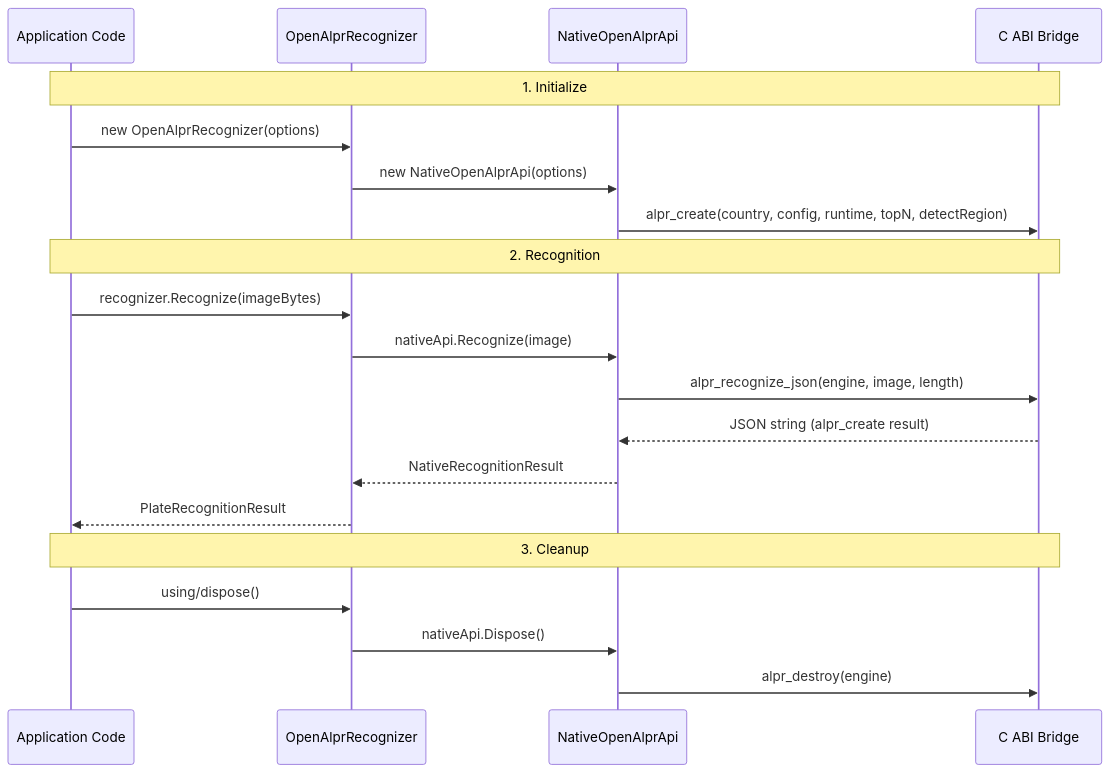
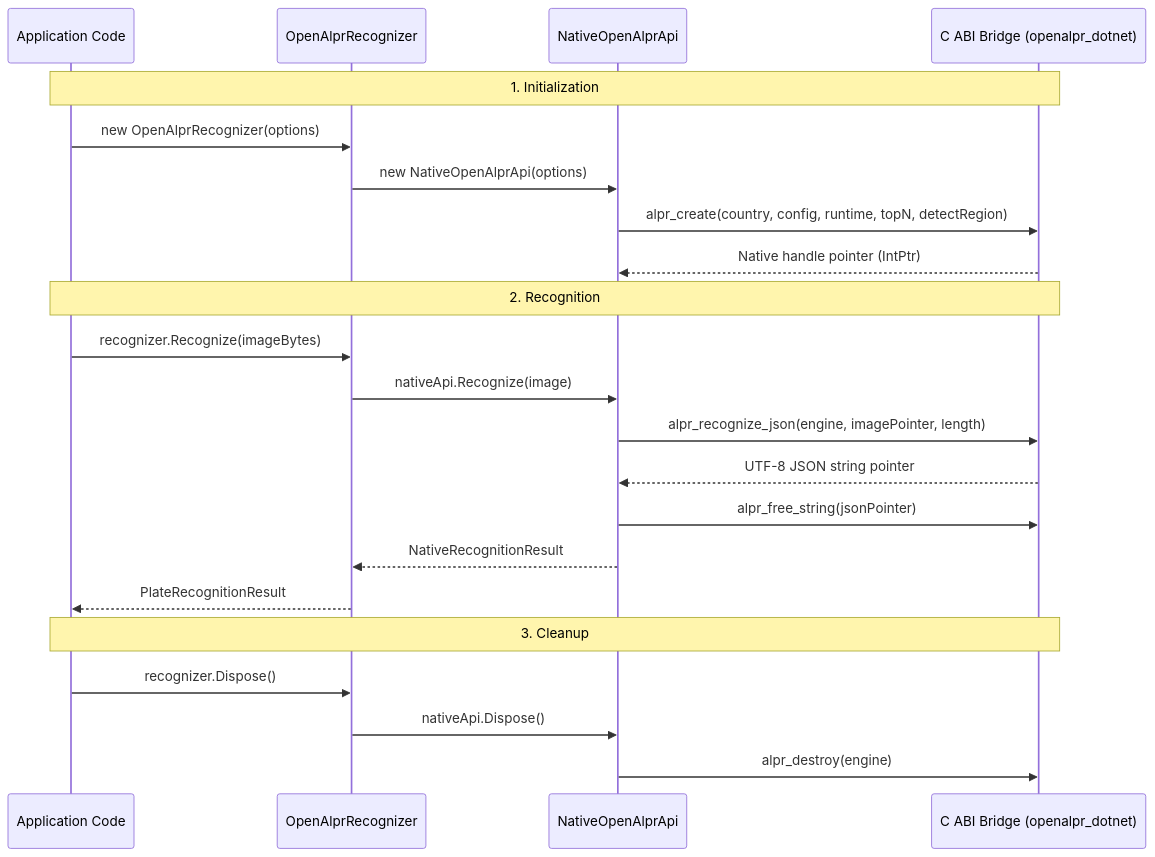
The second of 3 diagrams in docs/architecture.md (edward-hsu-1994/OpenAlprWrapper), drawn with Mermaid before and after one commit. The commit also changed other lines of this file and 9 other files, not shown here.

````diff
--- a/docs/architecture.md
+++ b/docs/architecture.md
@@ -63,25 +78,27 @@
 ```mermaid
 sequenceDiagram
     participant Client as Application Code
     participant Recog as OpenAlprRecognizer
     participant NativeApi as NativeOpenAlprApi
-    participant OpenALPR as C ABI Bridge
+    participant OpenALPR as C ABI Bridge (openalpr_dotnet)
     
-    Note over Client,OpenALPR: 1. Initialize
+    Note over Client,OpenALPR: 1. Initialization
     Client->>Recog: new OpenAlprRecognizer(options)
     Recog->>NativeApi: new NativeOpenAlprApi(options)
     NativeApi->>OpenALPR: alpr_create(country, config, runtime, topN, detectRegion)
+    OpenALPR-->>NativeApi: Native handle pointer (IntPtr)
     
     Note over Client,OpenALPR: 2. Recognition
     Client->>Recog: recognizer.Recognize(imageBytes)
     Recog->>NativeApi: nativeApi.Recognize(image)
-    NativeApi->>OpenALPR: alpr_recognize_json(engine, image, length)
-    OpenALPR-->>NativeApi: JSON string (alpr_create result)
+    NativeApi->>OpenALPR: alpr_recognize_json(engine, imagePointer, length)
+    OpenALPR-->>NativeApi: UTF-8 JSON string pointer
+    NativeApi->>OpenALPR: alpr_free_string(jsonPointer)
     NativeApi-->>Recog: NativeRecognitionResult
     Recog-->>Client: PlateRecognitionResult
     
     Note over Client,OpenALPR: 3. Cleanup
-    Client->>Recog: using/dispose()
+    Client->>Recog: recognizer.Dispose()
     Recog->>NativeApi: nativeApi.Dispose()
     NativeApi->>OpenALPR: alpr_destroy(engine)
 ```
````
